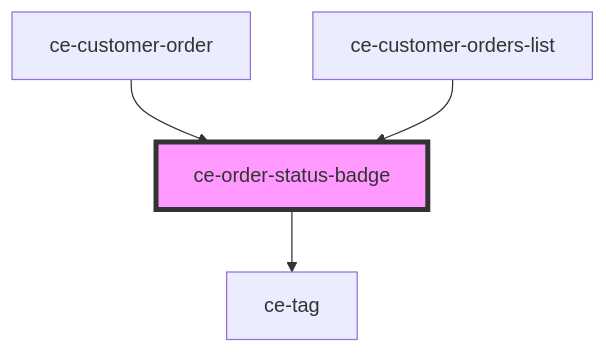
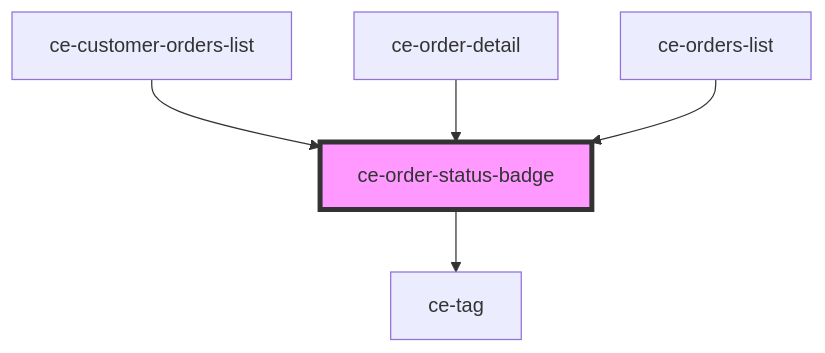
One commit to surecart/surecart-wp-plugin changed the diagram in packages/components/src/components/ui/order-status-badge/readme.md. Above: the diagram before and after it, drawn with Mermaid. The commit also changed other lines of this file and 162 other files, not shown here.

````diff
--- a/packages/components/src/components/ui/order-status-badge/readme.md
+++ b/packages/components/src/components/ui/order-status-badge/readme.md
@@ -30,7 +31,8 @@
 ```mermaid
 graph TD;
   ce-order-status-badge --> ce-tag
-  ce-customer-order --> ce-order-status-badge
   ce-customer-orders-list --> ce-order-status-badge
+  ce-order-detail --> ce-order-status-badge
+  ce-orders-list --> ce-order-status-badge
   style ce-order-status-badge fill:#f9f,stroke:#333,stroke-width:4px
 ```
````
